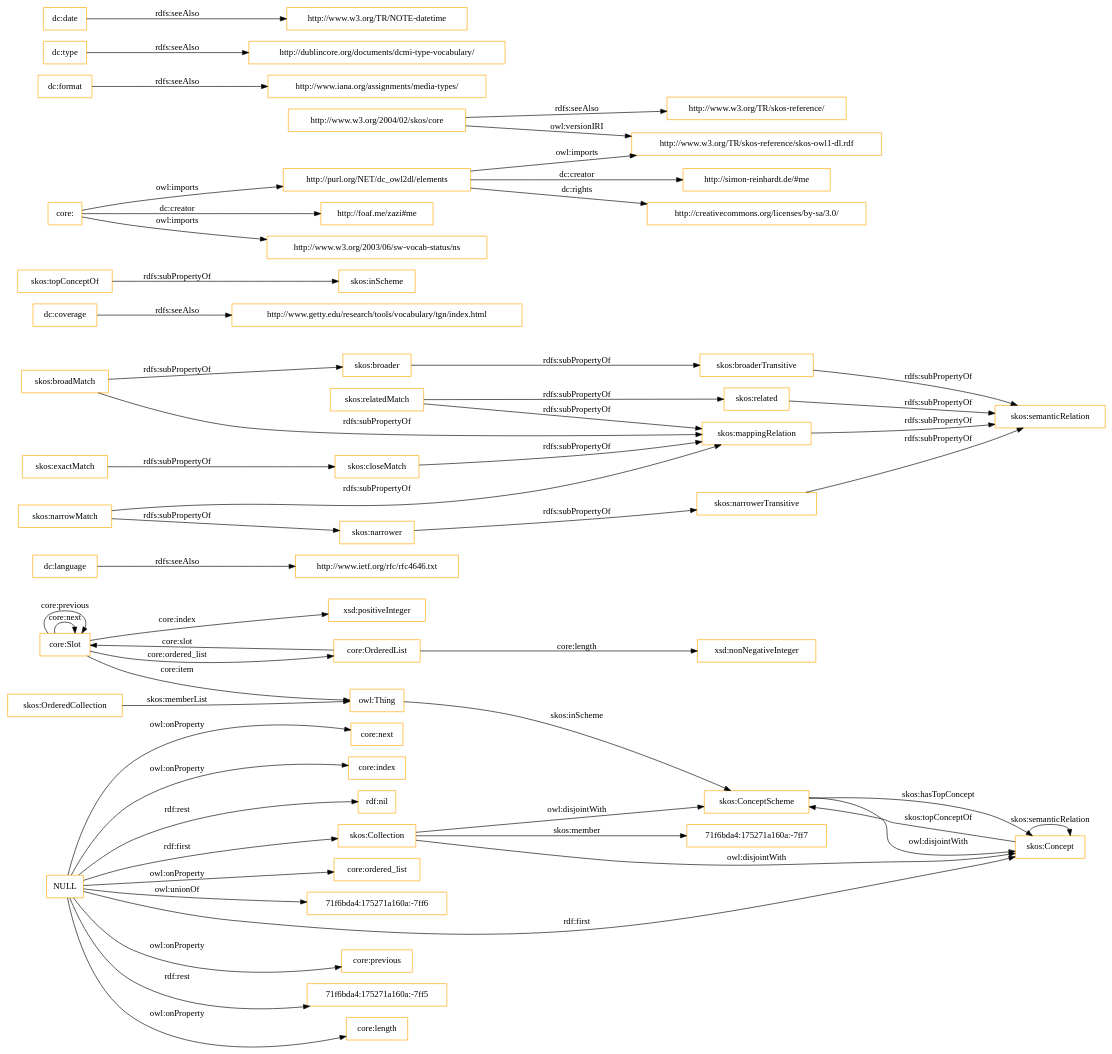
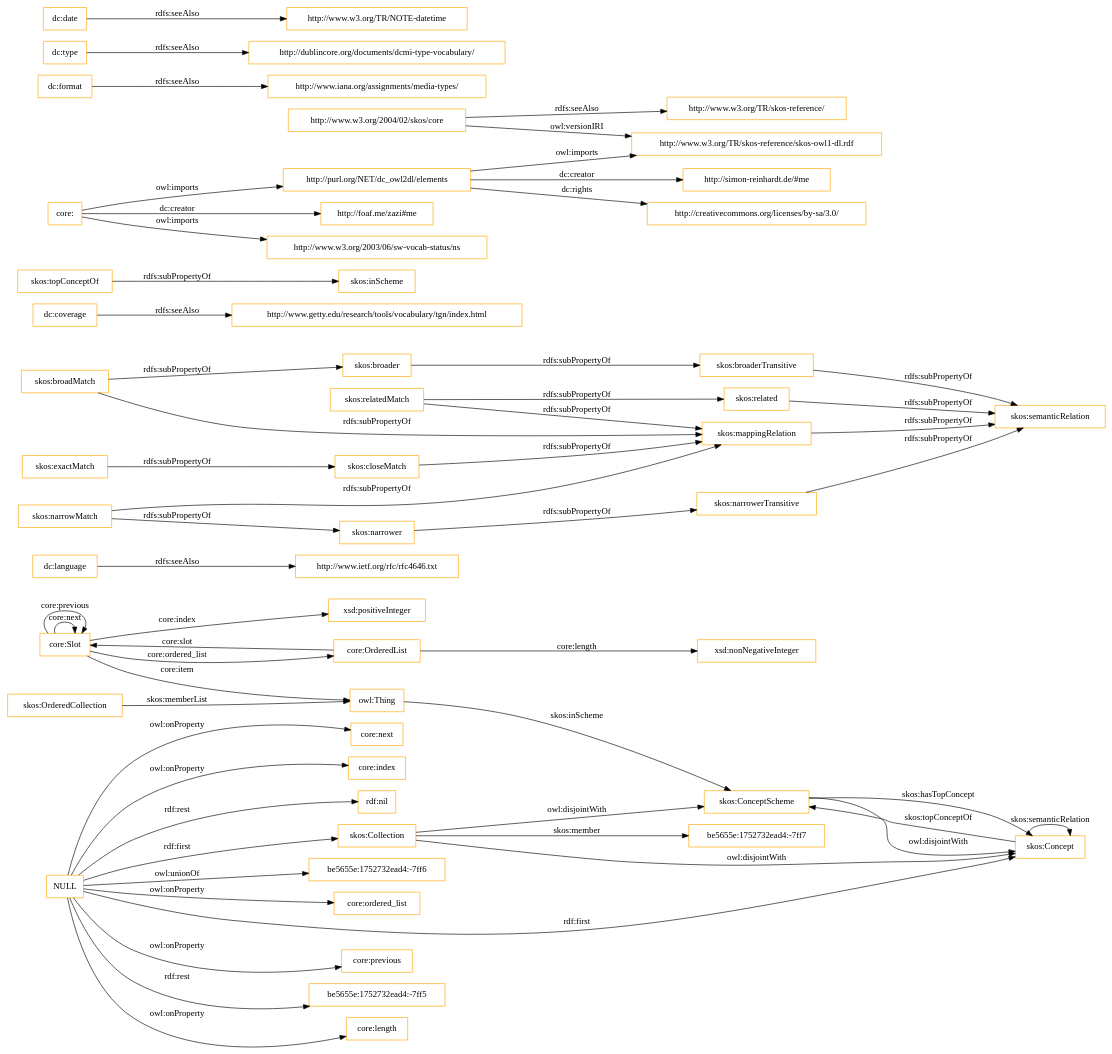
Before and after one commit to OnToologyUser/core-ontology-1: the diagram in OnToology/imports/core.owl/diagrams/ar2dtool-class/core.owl.png.dot, drawn with Graphviz. The commit also changed 14 other files, not shown here.

```diff
--- a/OnToology/imports/core.owl/diagrams/ar2dtool-class/core.owl.png.dot
+++ b/OnToology/imports/core.owl/diagrams/ar2dtool-class/core.owl.png.dot
@@ -1,60 +1,60 @@
 digraph ar2dtool_diagram { 
 rankdir=LR;
 size="1501"
-node [shape = rectangle, color="orange"]; "core:Slot" "core:OrderedList" "71f6bda4:175271a160a:-7ff7" "skos:OrderedCollection" "skos:Collection" "skos:ConceptScheme" "skos:Concept" ; /*classes style*/
+node [shape = rectangle, color="orange"]; "core:Slot" "core:OrderedList" "be5655e:1752732ead4:-7ff7" "skos:OrderedCollection" "skos:Collection" "skos:ConceptScheme" "skos:Concept" ; /*classes style*/
 	"dc:language" -> "http://www.ietf.org/rfc/rfc4646.txt" [ label = "rdfs:seeAlso" ];
 	"NULL" -> "core:previous" [ label = "owl:onProperty" ];
-	"NULL" -> "71f6bda4:175271a160a:-7ff5" [ label = "rdf:rest" ];
+	"NULL" -> "be5655e:1752732ead4:-7ff5" [ label = "rdf:rest" ];
 	"NULL" -> "core:length" [ label = "owl:onProperty" ];
 	"NULL" -> "skos:Concept" [ label = "rdf:first" ];
 	"NULL" -> "core:next" [ label = "owl:onProperty" ];
 	"NULL" -> "core:index" [ label = "owl:onProperty" ];
 	"NULL" -> "rdf:nil" [ label = "rdf:rest" ];
+	"NULL" -> "be5655e:1752732ead4:-7ff6" [ label = "owl:unionOf" ];
 	"NULL" -> "core:ordered_list" [ label = "owl:onProperty" ];
-	"NULL" -> "71f6bda4:175271a160a:-7ff6" [ label = "owl:unionOf" ];
 	"NULL" -> "skos:Collection" [ label = "rdf:first" ];
 	"skos:closeMatch" -> "skos:mappingRelation" [ label = "rdfs:subPropertyOf" ];
 	"dc:coverage" -> "http://www.getty.edu/research/tools/vocabulary/tgn/index.html" [ label = "rdfs:seeAlso" ];
 	"skos:relatedMatch" -> "skos:related" [ label = "rdfs:subPropertyOf" ];
 	"skos:relatedMatch" -> "skos:mappingRelation" [ label = "rdfs:subPropertyOf" ];
 	"skos:ConceptScheme" -> "skos:Concept" [ label = "owl:disjointWith" ];
 	"skos:related" -> "skos:semanticRelation" [ label = "rdfs:subPropertyOf" ];
 	"skos:topConceptOf" -> "skos:inScheme" [ label = "rdfs:subPropertyOf" ];
 	"skos:broadMatch" -> "skos:broader" [ label = "rdfs:subPropertyOf" ];
 	"skos:broadMatch" -> "skos:mappingRelation" [ label = "rdfs:subPropertyOf" ];
 	"http://purl.org/NET/dc_owl2dl/elements" -> "http://www.w3.org/TR/skos-reference/skos-owl1-dl.rdf" [ label = "owl:imports" ];
 	"http://purl.org/NET/dc_owl2dl/elements" -> "http://creativecommons.org/licenses/by-sa/3.0/" [ label = "dc:rights" ];
 	"http://purl.org/NET/dc_owl2dl/elements" -> "http://simon-reinhardt.de/#me" [ label = "dc:creator" ];
 	"skos:exactMatch" -> "skos:closeMatch" [ label = "rdfs:subPropertyOf" ];
 	"dc:format" -> "http://www.iana.org/assignments/media-types/" [ label = "rdfs:seeAlso" ];
 	"core:" -> "http://foaf.me/zazi#me" [ label = "dc:creator" ];
 	"core:" -> "http://www.w3.org/2003/06/sw-vocab-status/ns" [ label = "owl:imports" ];
 	"core:" -> "http://purl.org/NET/dc_owl2dl/elements" [ label = "owl:imports" ];
 	"skos:broaderTransitive" -> "skos:semanticRelation" [ label = "rdfs:subPropertyOf" ];
 	"skos:mappingRelation" -> "skos:semanticRelation" [ label = "rdfs:subPropertyOf" ];
 	"skos:broader" -> "skos:broaderTransitive" [ label = "rdfs:subPropertyOf" ];
 	"dc:type" -> "http://dublincore.org/documents/dcmi-type-vocabulary/" [ label = "rdfs:seeAlso" ];
 	"http://www.w3.org/2004/02/skos/core" -> "http://www.w3.org/TR/skos-reference/skos-owl1-dl.rdf" [ label = "owl:versionIRI" ];
 	"http://www.w3.org/2004/02/skos/core" -> "http://www.w3.org/TR/skos-reference/" [ label = "rdfs:seeAlso" ];
 	"skos:Collection" -> "skos:ConceptScheme" [ label = "owl:disjointWith" ];
 	"skos:Collection" -> "skos:Concept" [ label = "owl:disjointWith" ];
 	"skos:narrowMatch" -> "skos:narrower" [ label = "rdfs:subPropertyOf" ];
 	"skos:narrowMatch" -> "skos:mappingRelation" [ label = "rdfs:subPropertyOf" ];
 	"skos:narrower" -> "skos:narrowerTransitive" [ label = "rdfs:subPropertyOf" ];
 	"dc:date" -> "http://www.w3.org/TR/NOTE-datetime" [ label = "rdfs:seeAlso" ];
 	"skos:narrowerTransitive" -> "skos:semanticRelation" [ label = "rdfs:subPropertyOf" ];
 	"core:Slot" -> "xsd:positiveInteger" [ label = "core:index" ];
 	"skos:Concept" -> "skos:ConceptScheme" [ label = "skos:topConceptOf" ];
 	"core:Slot" -> "owl:Thing" [ label = "core:item" ];
 	"core:OrderedList" -> "xsd:nonNegativeInteger" [ label = "core:length" ];
 	"core:OrderedList" -> "core:Slot" [ label = "core:slot" ];
-	"skos:Collection" -> "71f6bda4:175271a160a:-7ff7" [ label = "skos:member" ];
+	"skos:Collection" -> "be5655e:1752732ead4:-7ff7" [ label = "skos:member" ];
 	"core:Slot" -> "core:Slot" [ label = "core:next" ];
 	"skos:ConceptScheme" -> "skos:Concept" [ label = "skos:hasTopConcept" ];
 	"owl:Thing" -> "skos:ConceptScheme" [ label = "skos:inScheme" ];
 	"core:Slot" -> "core:Slot" [ label = "core:previous" ];
 	"skos:OrderedCollection" -> "owl:Thing" [ label = "skos:memberList" ];
 	"skos:Concept" -> "skos:Concept" [ label = "skos:semanticRelation" ];
 	"core:Slot" -> "core:OrderedList" [ label = "core:ordered_list" ];
 
 }
```
